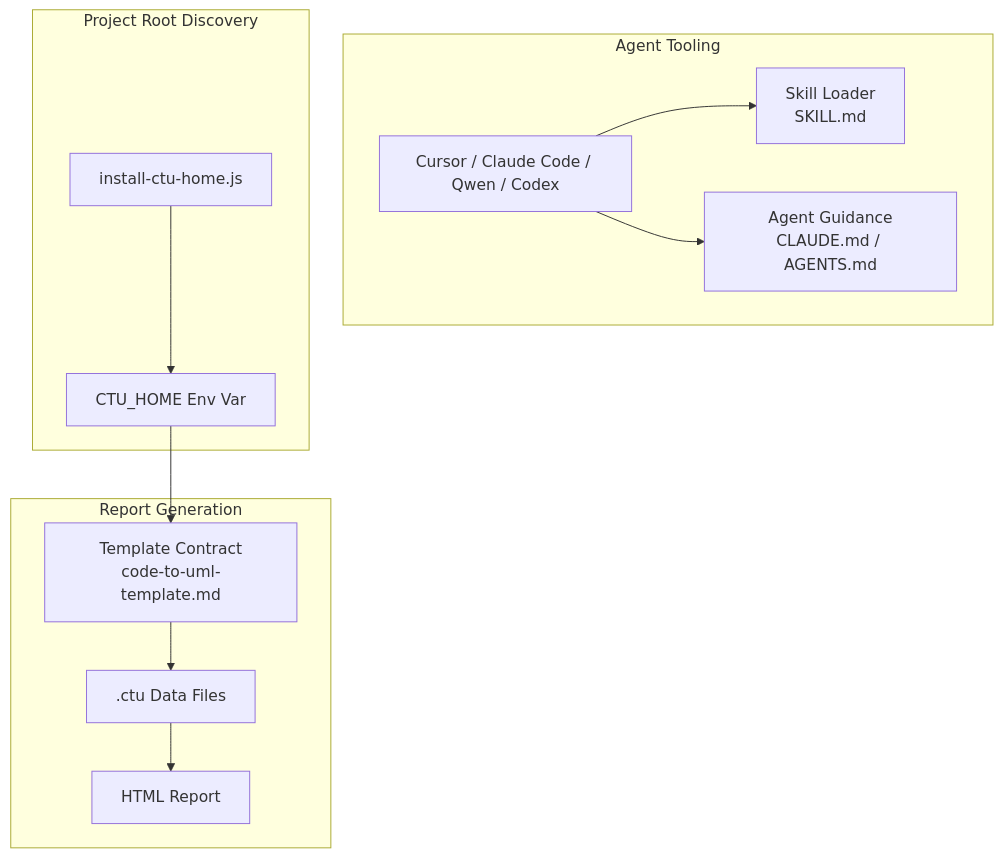
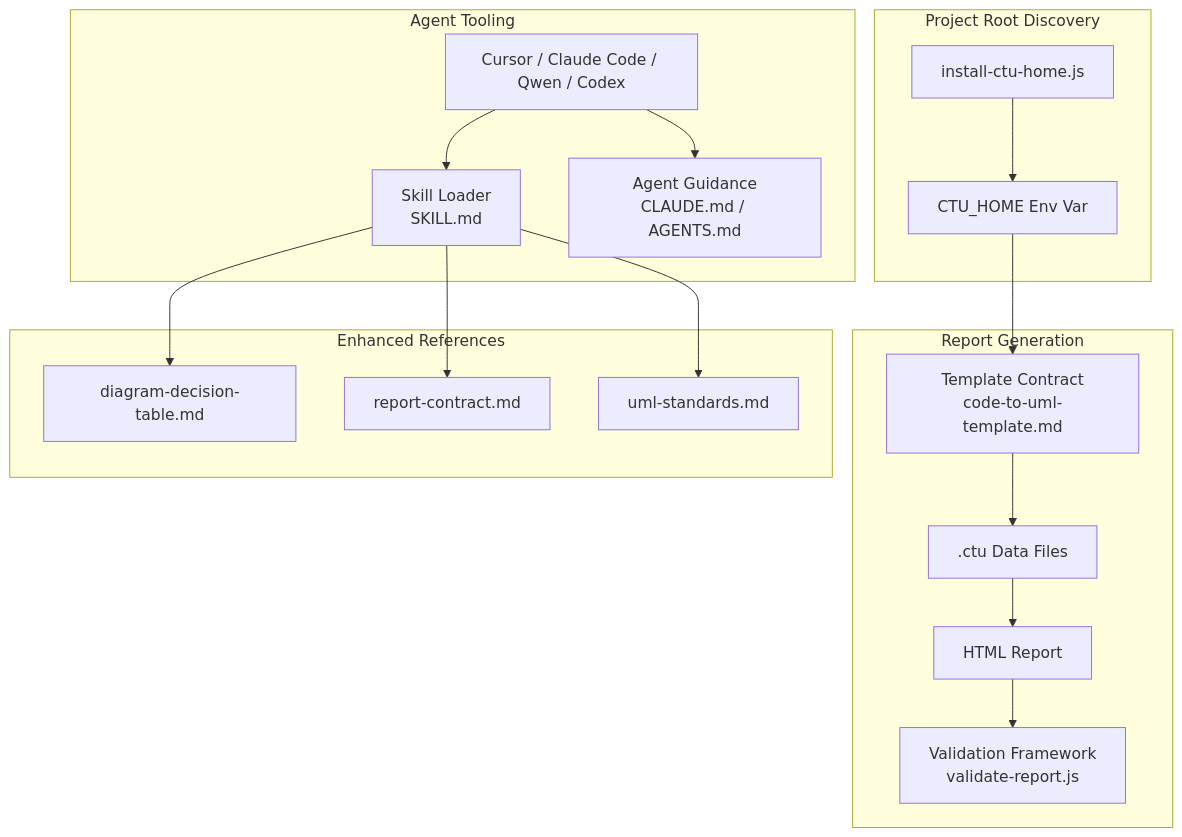
One commit to pingwurth/code-to-uml changed the first of 8 diagrams in .qoder/repowiki/en/content/AI Agent Integration/AI Agent Integration.md. Above: the diagram before and after it, drawn with Mermaid. The commit also changed other lines of this file and 55 other files, not shown here.

````diff
--- a/.qoder/repowiki/en/content/AI Agent Integration/AI Agent Integration.md
+++ b/.qoder/repowiki/en/content/AI Agent Integration/AI Agent Integration.md
@@ -41,23 +59,33 @@
 ```mermaid
 graph TB
 subgraph "Agent Tooling"
 A["Cursor / Claude Code / Qwen / Codex"]
 B["Skill Loader<br/>SKILL.md"]
 C["Agent Guidance<br/>CLAUDE.md / AGENTS.md"]
 end
 subgraph "Project Root Discovery"
 D["CTU_HOME Env Var"]
 E["install-ctu-home.js"]
 end
 subgraph "Report Generation"
 F["Template Contract<br/>code-to-uml-template.md"]
 G[".ctu Data Files"]
 H["HTML Report"]
+I["Validation Framework<br/>validate-report.js"]
+end
+subgraph "Enhanced References"
+J["diagram-decision-table.md"]
+K["report-contract.md"]
+L["uml-standards.md"]
 end
 A --> B
 A --> C
 E --> D
 D --> F
 F --> G
 G --> H
+H --> I
+B --> J
+B --> K
+B --> L
 ```
````
